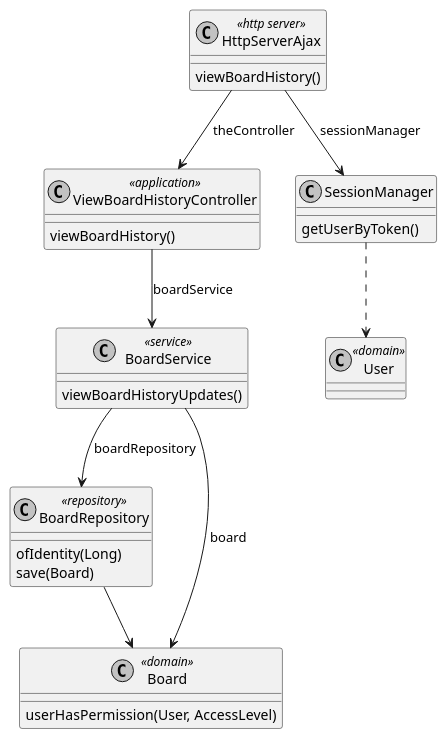
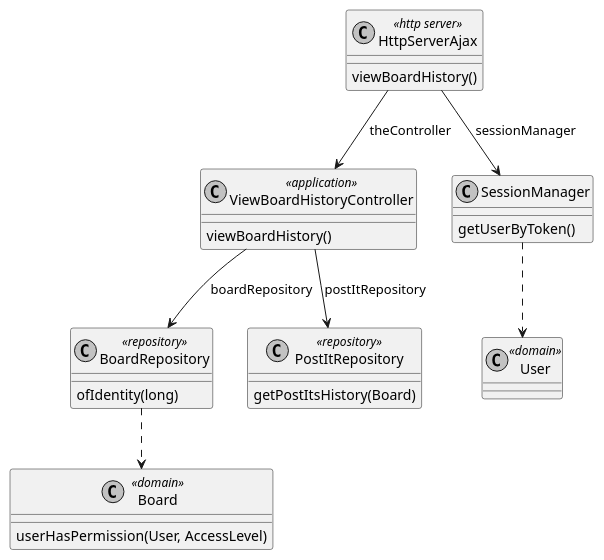
One commit to brunacosta03/sem4pi_22_23 changed the diagram in docs/SPRINT C/US_3009/CD/ViewBoardHistoryUpdates-CD.puml. Above: the diagram before and after it, drawn with PlantUML. The commit also changed 3 other files, not shown here.

Commit message:
US3009: Updated diagrams to meet the requirements #27

```diff
--- a/docs/SPRINT C/US_3009/CD/ViewBoardHistoryUpdates-CD.puml
+++ b/docs/SPRINT C/US_3009/CD/ViewBoardHistoryUpdates-CD.puml
@@ -1,33 +1,30 @@
 @startuml
 
 skinparam monochrome true
 skinparam packageStyle rect
 skinparam defaultFontName FG Virgil
 skinparam shadowing false
 
 class HttpServerAjax <<http server>>
 class ViewBoardHistoryController <<application>>
 class SessionManager
 class BoardRepository <<repository>>
-class BoardService <<service>>
+class PostItRepository <<repository>>
 class Board <<domain>>
 class User <<domain>>
 
 HttpServerAjax --> ViewBoardHistoryController : theController
 HttpServerAjax --> SessionManager : sessionManager
 SessionManager ..> User
-ViewBoardHistoryController --> BoardService : boardService
-BoardService --> BoardRepository : boardRepository
-BoardRepository --> Board
-BoardService --> Board : board
+ViewBoardHistoryController --> BoardRepository : boardRepository
+ViewBoardHistoryController --> PostItRepository : postItRepository
+BoardRepository ..> Board
 
 HttpServerAjax : viewBoardHistory()
 SessionManager : getUserByToken()
 ViewBoardHistoryController : viewBoardHistory()
-BoardService : viewBoardHistoryUpdates()
 Board : userHasPermission(User, AccessLevel)
-BoardRepository : ofIdentity(Long)
-BoardRepository : save(Board)
-
+PostItRepository : getPostItsHistory(Board)
+BoardRepository : ofIdentity(long)
 
 @enduml
```
